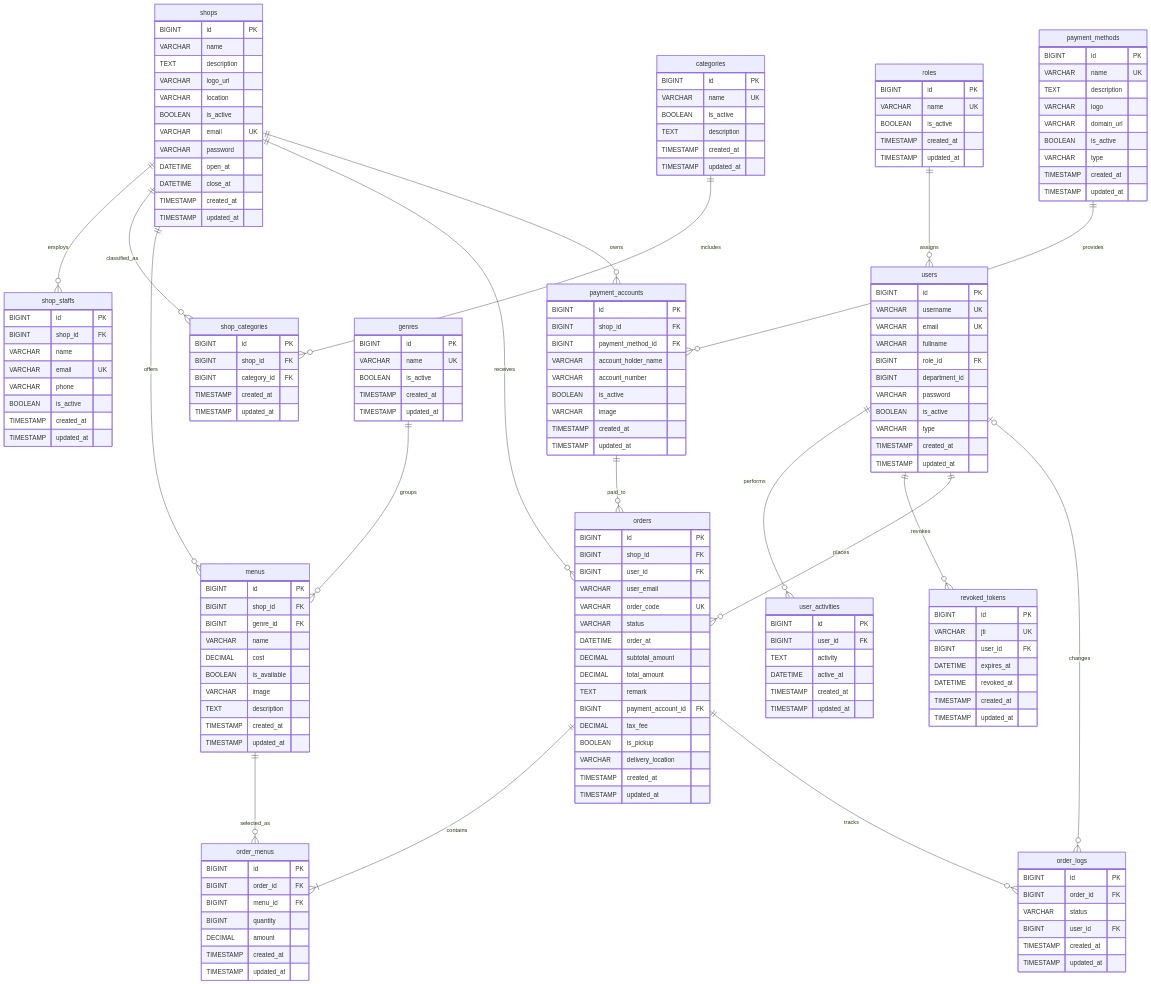
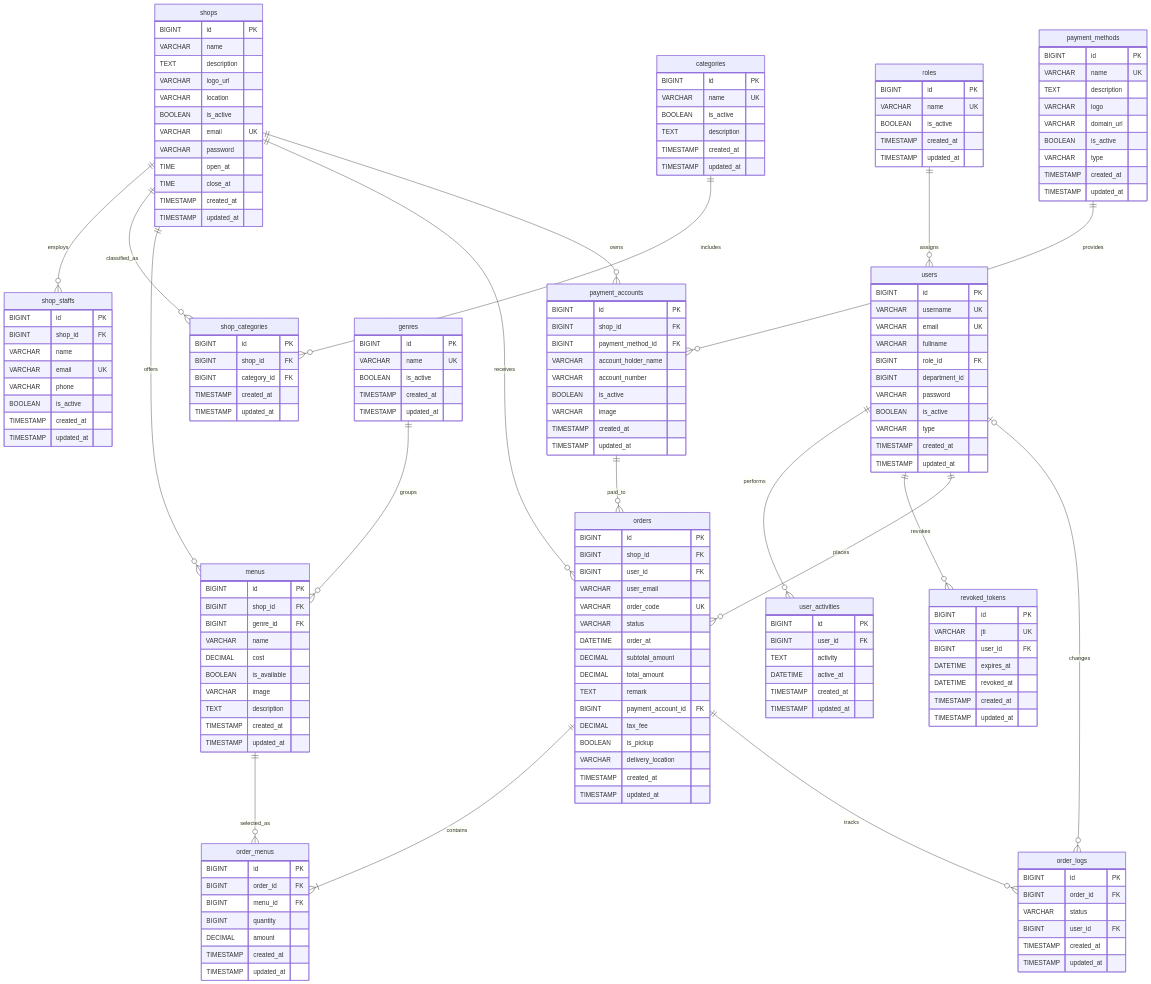
One commit to MiliYunn/cafeteria-backend changed the diagram in database/erd/apcafeteria.mmd. Above: the diagram before and after it, drawn with Mermaid. The commit also changed 26 other files, not shown here.

Commit message:
Time only for shop's close at and open at

```diff
--- a/database/erd/apcafeteria.mmd
+++ b/database/erd/apcafeteria.mmd
@@ -1,171 +1,171 @@
 erDiagram
     roles ||--o{ users : assigns
     users ||--o{ user_activities : performs
     users ||--o{ revoked_tokens : revokes
     users ||--o{ orders : places
     users o|--o{ order_logs : changes
     shops ||--o{ shop_staffs : employs
     shops ||--o{ shop_categories : classified_as
     categories ||--o{ shop_categories : includes
     shops ||--o{ menus : offers
     genres ||--o{ menus : groups
     shops ||--o{ orders : receives
     shops ||--o{ payment_accounts : owns
     payment_methods ||--o{ payment_accounts : provides
     payment_accounts ||--o{ orders : paid_to
     orders ||--|{ order_menus : contains
     menus ||--o{ order_menus : selected_as
     orders ||--o{ order_logs : tracks
 
     roles {
         BIGINT id PK
         VARCHAR name UK
         BOOLEAN is_active
         TIMESTAMP created_at
         TIMESTAMP updated_at
     }
     users {
         BIGINT id PK
         VARCHAR username UK
         VARCHAR email UK
         VARCHAR fullname
         BIGINT role_id FK
         BIGINT department_id
         VARCHAR password
         BOOLEAN is_active
         VARCHAR type
         TIMESTAMP created_at
         TIMESTAMP updated_at
     }
     user_activities {
         BIGINT id PK
         BIGINT user_id FK
         TEXT activity
         DATETIME active_at
         TIMESTAMP created_at
         TIMESTAMP updated_at
     }
     revoked_tokens {
         BIGINT id PK
         VARCHAR jti UK
         BIGINT user_id FK
         DATETIME expires_at
         DATETIME revoked_at
         TIMESTAMP created_at
         TIMESTAMP updated_at
     }
     shops {
         BIGINT id PK
         VARCHAR name
         TEXT description
         VARCHAR logo_url
         VARCHAR location
         BOOLEAN is_active
         VARCHAR email UK
         VARCHAR password
-        DATETIME open_at
-        DATETIME close_at
+        TIME open_at
+        TIME close_at
         TIMESTAMP created_at
         TIMESTAMP updated_at
     }
     shop_staffs {
         BIGINT id PK
         BIGINT shop_id FK
         VARCHAR name
         VARCHAR email UK
         VARCHAR phone
         BOOLEAN is_active
         TIMESTAMP created_at
         TIMESTAMP updated_at
     }
     categories {
         BIGINT id PK
         VARCHAR name UK
         BOOLEAN is_active
         TEXT description
         TIMESTAMP created_at
         TIMESTAMP updated_at
     }
     shop_categories {
         BIGINT id PK
         BIGINT shop_id FK
         BIGINT category_id FK
         TIMESTAMP created_at
         TIMESTAMP updated_at
     }
     genres {
         BIGINT id PK
         VARCHAR name UK
         BOOLEAN is_active
         TIMESTAMP created_at
         TIMESTAMP updated_at
     }
     menus {
         BIGINT id PK
         BIGINT shop_id FK
         BIGINT genre_id FK
         VARCHAR name
         DECIMAL cost
         BOOLEAN is_available
         VARCHAR image
         TEXT description
         TIMESTAMP created_at
         TIMESTAMP updated_at
     }
     payment_methods {
         BIGINT id PK
         VARCHAR name UK
         TEXT description
         VARCHAR logo
         VARCHAR domain_url
         BOOLEAN is_active
         VARCHAR type
         TIMESTAMP created_at
         TIMESTAMP updated_at
     }
     payment_accounts {
         BIGINT id PK
         BIGINT shop_id FK
         BIGINT payment_method_id FK
         VARCHAR account_holder_name
         VARCHAR account_number
         BOOLEAN is_active
         VARCHAR image
         TIMESTAMP created_at
         TIMESTAMP updated_at
     }
     orders {
         BIGINT id PK
         BIGINT shop_id FK
         BIGINT user_id FK
         VARCHAR user_email
         VARCHAR order_code UK
         VARCHAR status
         DATETIME order_at
         DECIMAL subtotal_amount
         DECIMAL total_amount
         TEXT remark
         BIGINT payment_account_id FK
         DECIMAL tax_fee
         BOOLEAN is_pickup
         VARCHAR delivery_location
         TIMESTAMP created_at
         TIMESTAMP updated_at
     }
     order_menus {
         BIGINT id PK
         BIGINT order_id FK
         BIGINT menu_id FK
         BIGINT quantity
         DECIMAL amount
         TIMESTAMP created_at
         TIMESTAMP updated_at
     }
     order_logs {
         BIGINT id PK
         BIGINT order_id FK
         VARCHAR status
         BIGINT user_id FK
         TIMESTAMP created_at
         TIMESTAMP updated_at
     }
```
